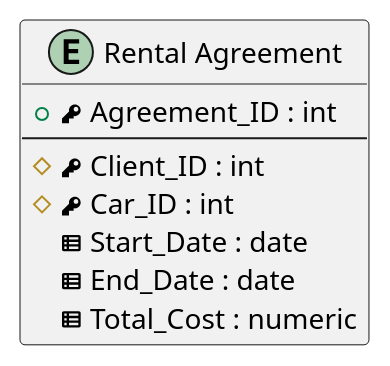
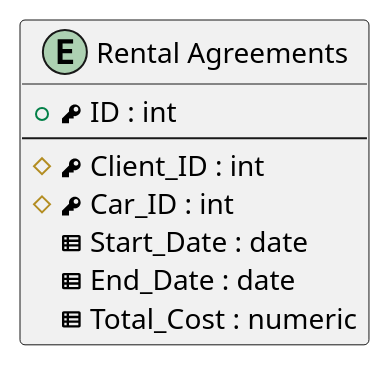
One commit to DmitryVasilkovW/ITMO-Database-design-labs-4-sem changed the diagram in Labs/Lab1/Tables/Entities/RentalAgreement.puml. Above: the diagram before and after it, drawn with PlantUML. The commit also changed 13 other files, not shown here.

```diff
--- a/Labs/Lab1/Tables/Entities/RentalAgreement.puml
+++ b/Labs/Lab1/Tables/Entities/RentalAgreement.puml
@@ -1,12 +1,12 @@
 @startuml
-entity "Rental Agreement" as rental
+entity "Rental Agreements" as rental
 {
-  + <&key> Agreement_ID : int
+  + <&key> ID : int
   --
   # <&key> Client_ID : int
   # <&key> Car_ID : int
   <&spreadsheet> Start_Date : date
   <&spreadsheet> End_Date : date
   <&spreadsheet> Total_Cost : numeric
 }
 @enduml
```
